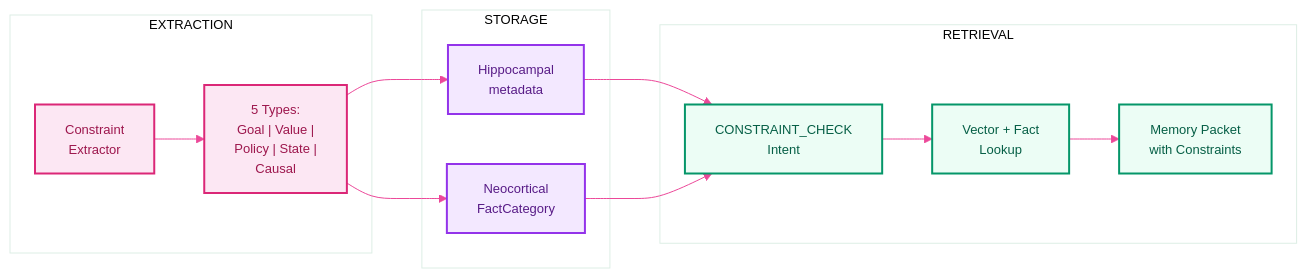
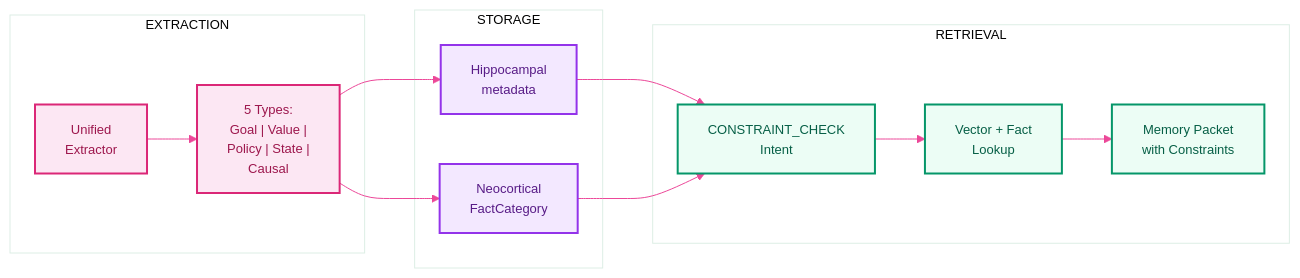
Before and after one commit to avinash-mall/CognitiveMemoryLayer: diagram 11 of 13 in README.md, drawn with Mermaid. The commit also changed other lines of this file and 54 other files, not shown here.

````diff
--- a/README.md
+++ b/README.md
@@ -732,40 +730,40 @@
 ```mermaid
 %%{
   init: {
     'theme': 'base',
     'flowchart': { 'useMaxWidth': true },
     'themeVariables': {
       'primaryColor': '#FDF2F8',
       'primaryTextColor': '#831843',
       'primaryBorderColor': '#db2777',
       'lineColor': '#ec4899',
       'fontSize': '13px'
     }
   }
 }%%
 flowchart LR
     classDef extract fill:#fce7f3,stroke:#db2777,stroke-width:2px,color:#9d174d
     classDef store fill:#f3e8ff,stroke:#9333ea,stroke-width:2px,color:#581c87
     classDef retrieve fill:#ecfdf5,stroke:#059669,stroke-width:2px,color:#065f46
 
     subgraph Extract ["EXTRACTION"]
-        E1["Constraint\nExtractor"]:::extract
+        E1["Unified\nExtractor"]:::extract
         E2["5 Types:\nGoal | Value |\nPolicy | State |\nCausal"]:::extract
         E1 --> E2
     end
 
     subgraph Store ["STORAGE"]
         S1["Hippocampal\nmetadata"]:::store
         S2["Neocortical\nFactCategory"]:::store
         E2 --> S1
         E2 --> S2
     end
 
     subgraph Retrieve ["RETRIEVAL"]
         R1["CONSTRAINT_CHECK\nIntent"]:::retrieve
         R2["Vector + Fact\nLookup"]:::retrieve
         R3["Memory Packet\nwith Constraints"]:::retrieve
         S1 & S2 --> R1
         R1 --> R2 --> R3
     end
 ```
````
